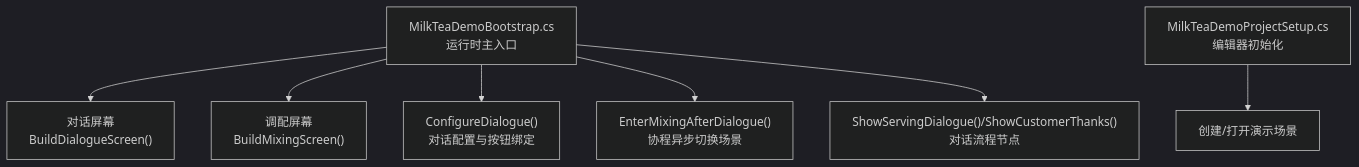
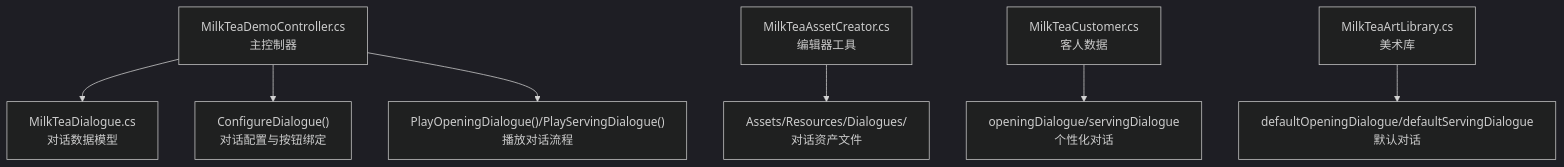
One commit to Thanatos42/-demo changed the first of 7 diagrams in .qoder/repowiki/zh/content/对话系统设计.md. Above: the diagram before and after it, drawn with Mermaid (dark theme). The commit also changed other lines of this file and 16 other files, not shown here.

````diff
--- a/.qoder/repowiki/zh/content/对话系统设计.md
+++ b/.qoder/repowiki/zh/content/对话系统设计.md
@@ -29,9 +43,9 @@
 ```mermaid
 graph TB
-A["MilkTeaDemoBootstrap.cs<br/>运行时主入口"] --> B["对话屏幕<br/>BuildDialogueScreen()"]
-A --> C["调配屏幕<br/>BuildMixingScreen()"]
-A --> D["ConfigureDialogue()<br/>对话配置与按钮绑定"]
-A --> E["EnterMixingAfterDialogue()<br/>协程异步切换场景"]
-A --> F["ShowServingDialogue()/ShowCustomerThanks()<br/>对话流程节点"]
-G["MilkTeaDemoProjectSetup.cs<br/>编辑器初始化"] --> H["创建/打开演示场景"]
+A["MilkTeaDemoController.cs<br/>主控制器"] --> B["MilkTeaDialogue.cs<br/>对话数据模型"]
+A --> C["ConfigureDialogue()<br/>对话配置与按钮绑定"]
+A --> D["PlayOpeningDialogue()/PlayServingDialogue()<br/>播放对话流程"]
+E["MilkTeaAssetCreator.cs<br/>编辑器工具"] --> F["Assets/Resources/Dialogues/<br/>对话资产文件"]
+G["MilkTeaCustomer.cs<br/>客人数据"] --> H["openingDialogue/servingDialogue<br/>个性化对话"]
+I["MilkTeaArtLibrary.cs<br/>美术库"] --> J["defaultOpeningDialogue/defaultServingDialogue<br/>默认对话"]
 ```
````
